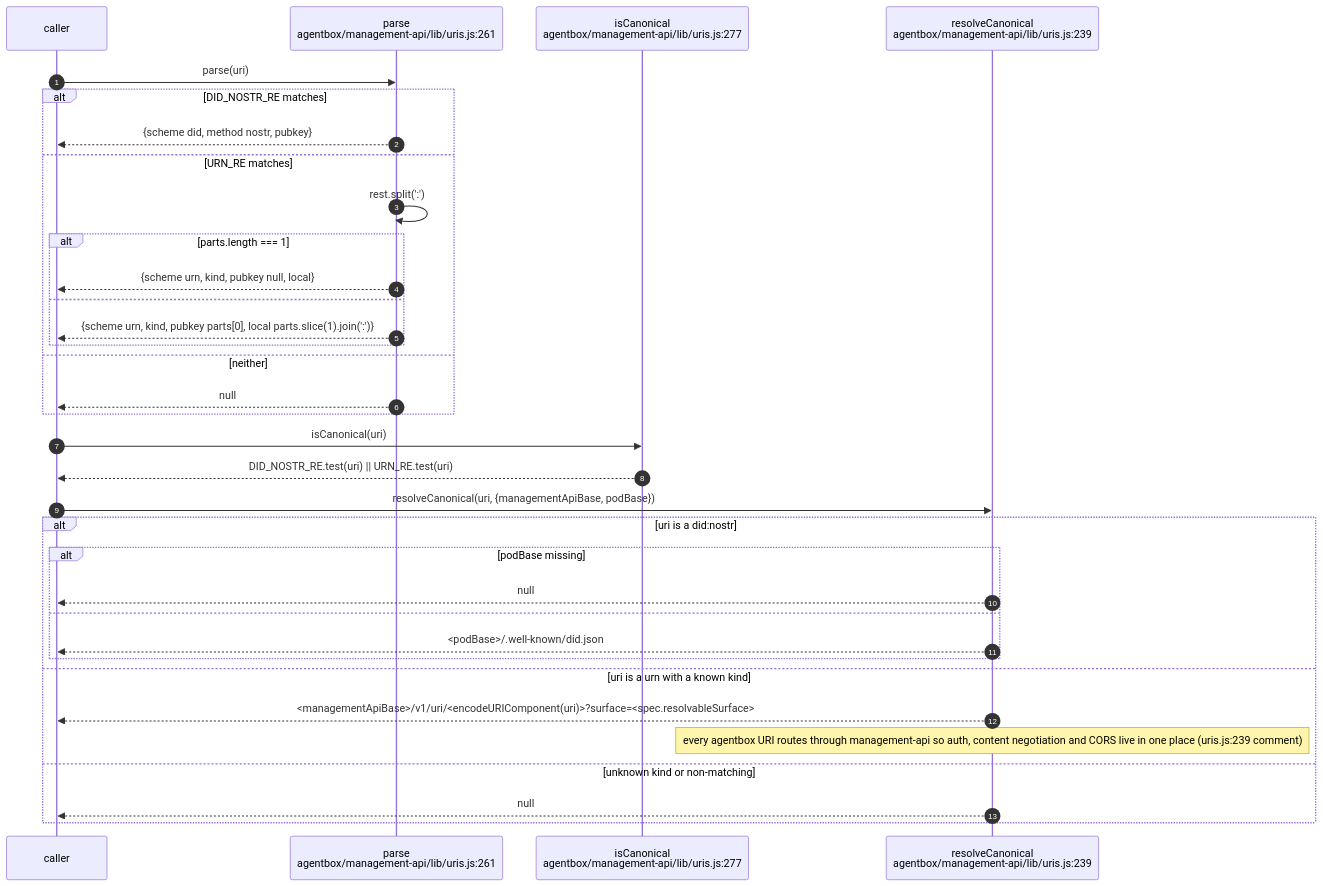
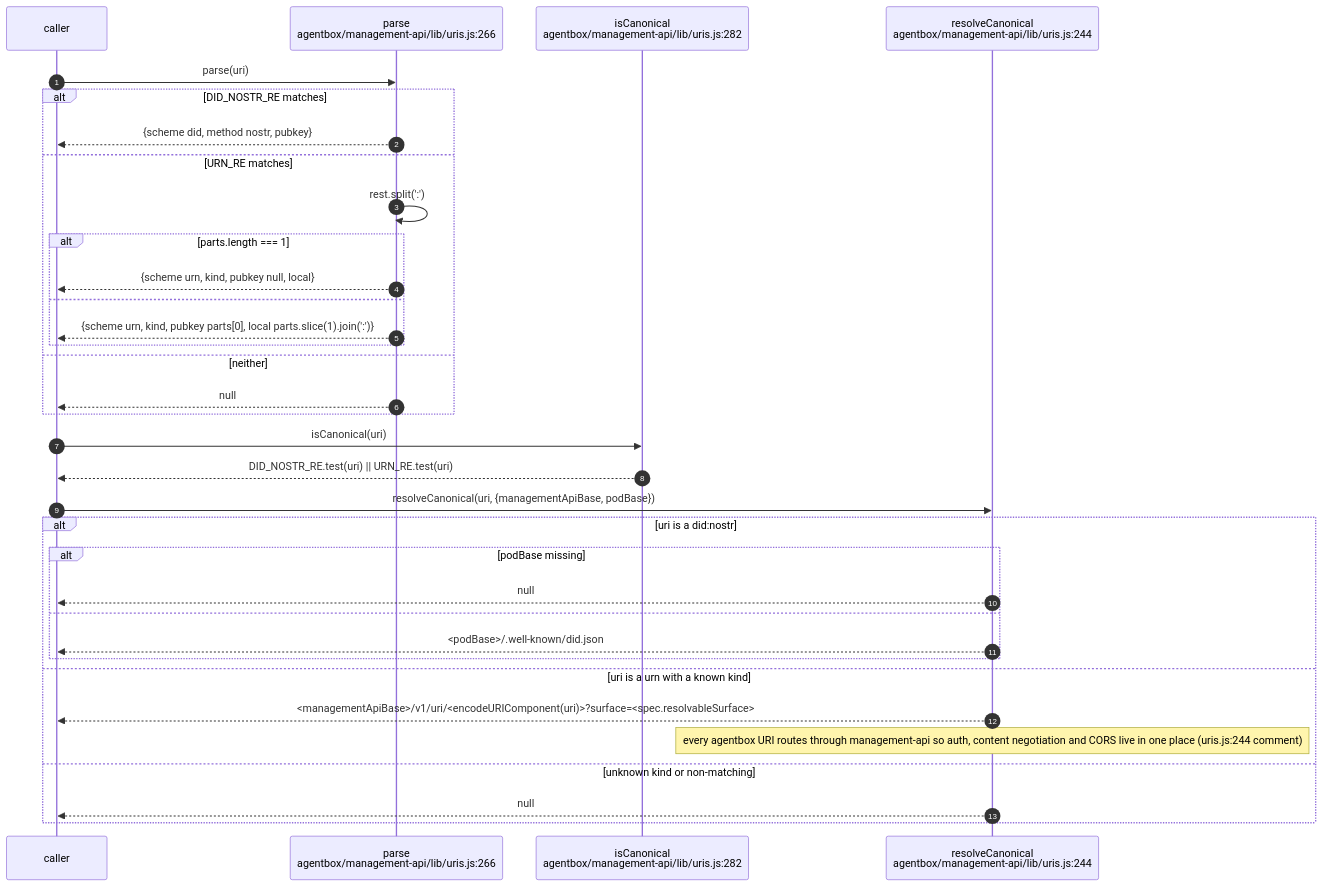
Before and after one commit to DreamLab-AI/VisionFlow: the sixth of 16 diagrams in docs/diagrams/agentbox/11-identity-did-mandate-authority.md, drawn with Mermaid. The commit also changed other lines of this file and 28 other files, not shown here.

````diff
--- a/docs/diagrams/agentbox/11-identity-did-mandate-authority.md
+++ b/docs/diagrams/agentbox/11-identity-did-mandate-authority.md
@@ -259,37 +261,37 @@
 ```mermaid
 sequenceDiagram
     autonumber
     participant C as caller
-    participant P as parse<br/>agentbox/management-api/lib/uris.js:261
-    participant IC as isCanonical<br/>agentbox/management-api/lib/uris.js:277
-    participant RC as resolveCanonical<br/>agentbox/management-api/lib/uris.js:239
+    participant P as parse<br/>agentbox/management-api/lib/uris.js:266
+    participant IC as isCanonical<br/>agentbox/management-api/lib/uris.js:282
+    participant RC as resolveCanonical<br/>agentbox/management-api/lib/uris.js:244
 
     C->>P: parse(uri)
     alt DID_NOSTR_RE matches
         P-->>C: {scheme did, method nostr, pubkey}
     else URN_RE matches
         P->>P: rest.split(':')
         alt parts.length === 1
             P-->>C: {scheme urn, kind, pubkey null, local}
         else
             P-->>C: {scheme urn, kind, pubkey parts[0], local parts.slice(1).join(':')}
         end
     else neither
         P-->>C: null
     end
     C->>IC: isCanonical(uri)
     IC-->>C: DID_NOSTR_RE.test(uri) || URN_RE.test(uri)
     C->>RC: resolveCanonical(uri, {managementApiBase, podBase})
     alt uri is a did:nostr
         alt podBase missing
             RC-->>C: null
         else
             RC-->>C: <podBase>/.well-known/did.json
         end
     else uri is a urn with a known kind
         RC-->>C: <managementApiBase>/v1/uri/<encodeURIComponent(uri)>?surface=<spec.resolvableSurface>
-        Note over RC: every agentbox URI routes through management-api so auth, content negotiation and CORS live in one place (uris.js:239 comment)
+        Note over RC: every agentbox URI routes through management-api so auth, content negotiation and CORS live in one place (uris.js:244 comment)
     else unknown kind or non-matching
         RC-->>C: null
     end
 ```
````
